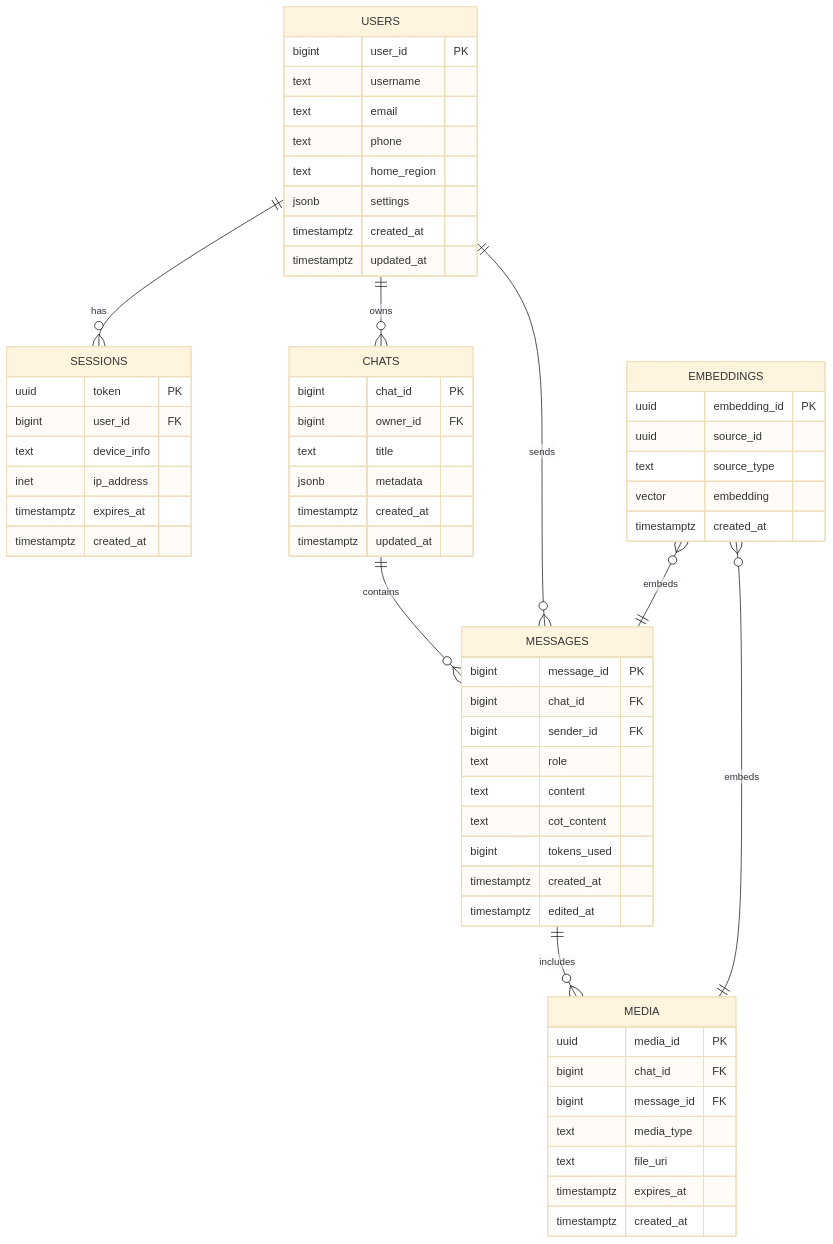
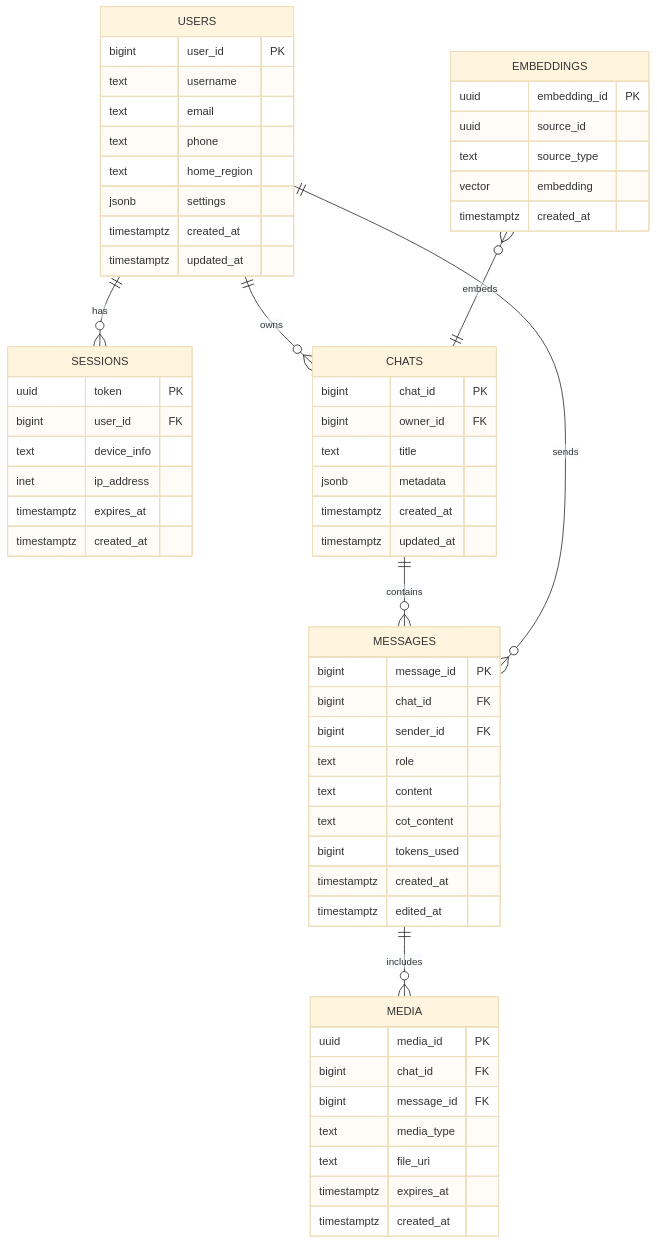
One commit to gettingthingsdoneee/gemini_highload changed the first of 3 diagrams in README.md. Above: the diagram before and after it, drawn with Mermaid (base theme). The commit also changed other lines of this file, not shown here.

````diff
--- a/README.md
+++ b/README.md
@@ -425,69 +425,68 @@
 ```mermaid
 erDiagram
     USERS {
         bigint user_id PK
         text username
         text email
         text phone
         text home_region
         jsonb settings
         timestamptz created_at
         timestamptz updated_at
     }
 
     SESSIONS {
         uuid token PK
         bigint user_id FK
         text device_info
         inet ip_address
         timestamptz expires_at
         timestamptz created_at
     }
 
     CHATS {
         bigint chat_id PK
         bigint owner_id FK
         text title
         jsonb metadata
         timestamptz created_at
         timestamptz updated_at
     }
 
     MESSAGES {
         bigint message_id PK
         bigint chat_id FK
         bigint sender_id FK
         text role
         text content
         text cot_content
         bigint tokens_used
         timestamptz created_at
         timestamptz edited_at
     }
 
     MEDIA {
         uuid media_id PK
         bigint chat_id FK
         bigint message_id FK
         text media_type
         text file_uri
         timestamptz expires_at
         timestamptz created_at
     }
 
     EMBEDDINGS {
         uuid embedding_id PK
         uuid source_id
         text source_type
         vector embedding
         timestamptz created_at
     }
 
     USERS ||--o{ SESSIONS : has
     USERS ||--o{ CHATS : owns
     CHATS ||--o{ MESSAGES : contains
     USERS ||--o{ MESSAGES : sends
     MESSAGES ||--o{ MEDIA : includes
-    EMBEDDINGS }o--|| MESSAGES : embeds
-    EMBEDDINGS }o--|| MEDIA : embeds
+    EMBEDDINGS }o--|| CHATS  : embeds
 ```
````
